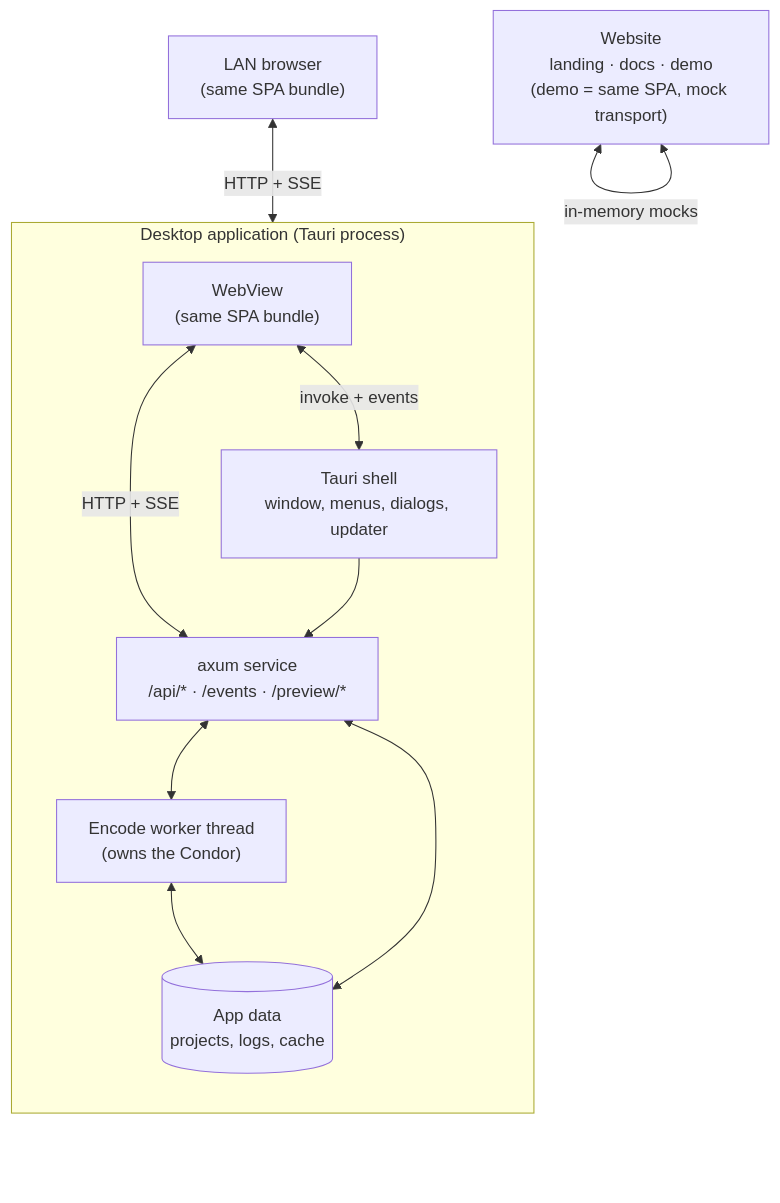
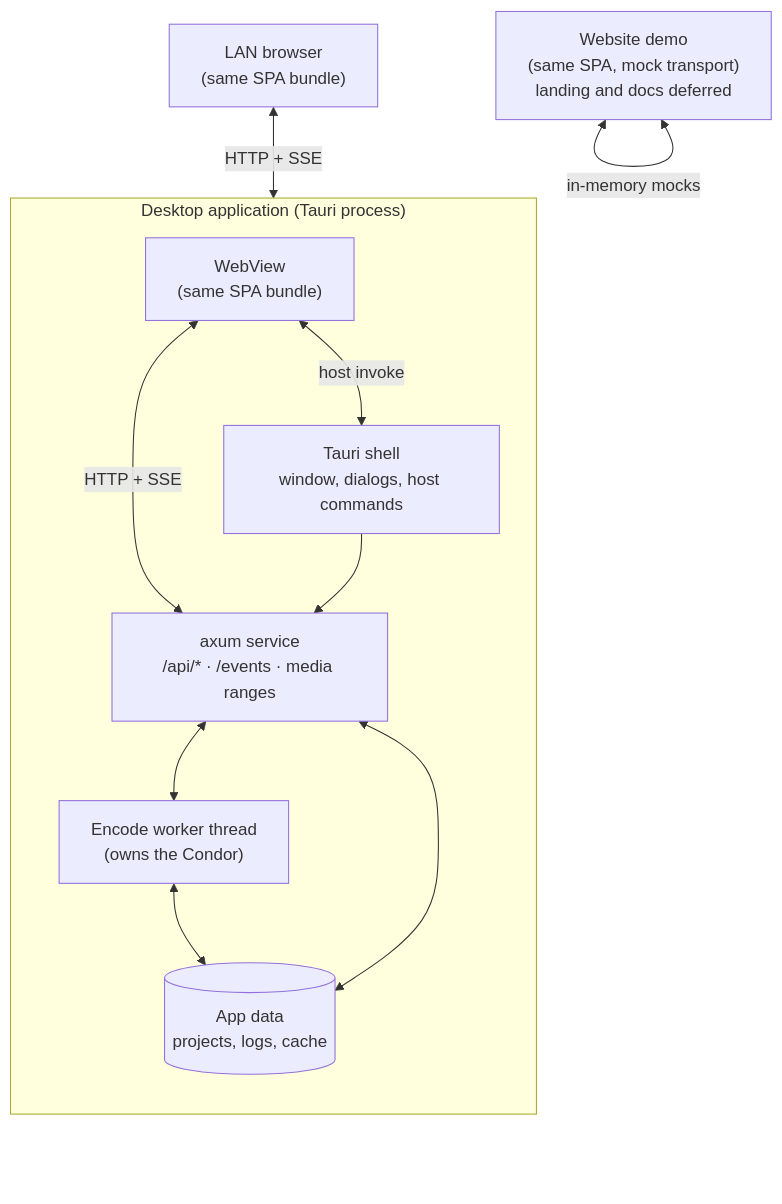
One commit to Av1ation-Association/Av1ation-Station changed the first of 8 diagrams in docs/architecture.md. Above: the diagram before and after it, drawn with Mermaid. The commit also changed other lines of this file and 45 other files, not shown here.

Commit message:
docs: refresh architecture and delivery docs

````diff
--- a/docs/architecture.md
+++ b/docs/architecture.md
@@ -33,23 +44,23 @@
 ```mermaid
 flowchart TB
     subgraph desktop["Desktop application (Tauri process)"]
         direction TB
         webview["WebView<br/>(same SPA bundle)"]
-        shell["Tauri shell<br/>window, menus, dialogs, updater"]
-        axum["axum service<br/>/api/* · /events · /preview/*"]
+        shell["Tauri shell<br/>window, dialogs, host commands"]
+        axum["axum service<br/>/api/* · /events · media ranges"]
         worker["Encode worker thread<br/>(owns the Condor)"]
         store[("App data<br/>projects, logs, cache")]
-        webview <-->|invoke + events| shell
+        webview <-->|host invoke| shell
         webview <-->|HTTP + SSE| axum
         shell --> axum
         axum <--> worker
         worker <--> store
         axum <--> store
     end
 
     browser["LAN browser<br/>(same SPA bundle)"]
-    site["Website<br/>landing · docs · demo<br/>(demo = same SPA, mock transport)"]
+    site["Website demo<br/>(same SPA, mock transport)<br/>landing and docs deferred"]
 
     browser <-->|HTTP + SSE| axum
     site <-->|in-memory mocks| site
 ```
````
